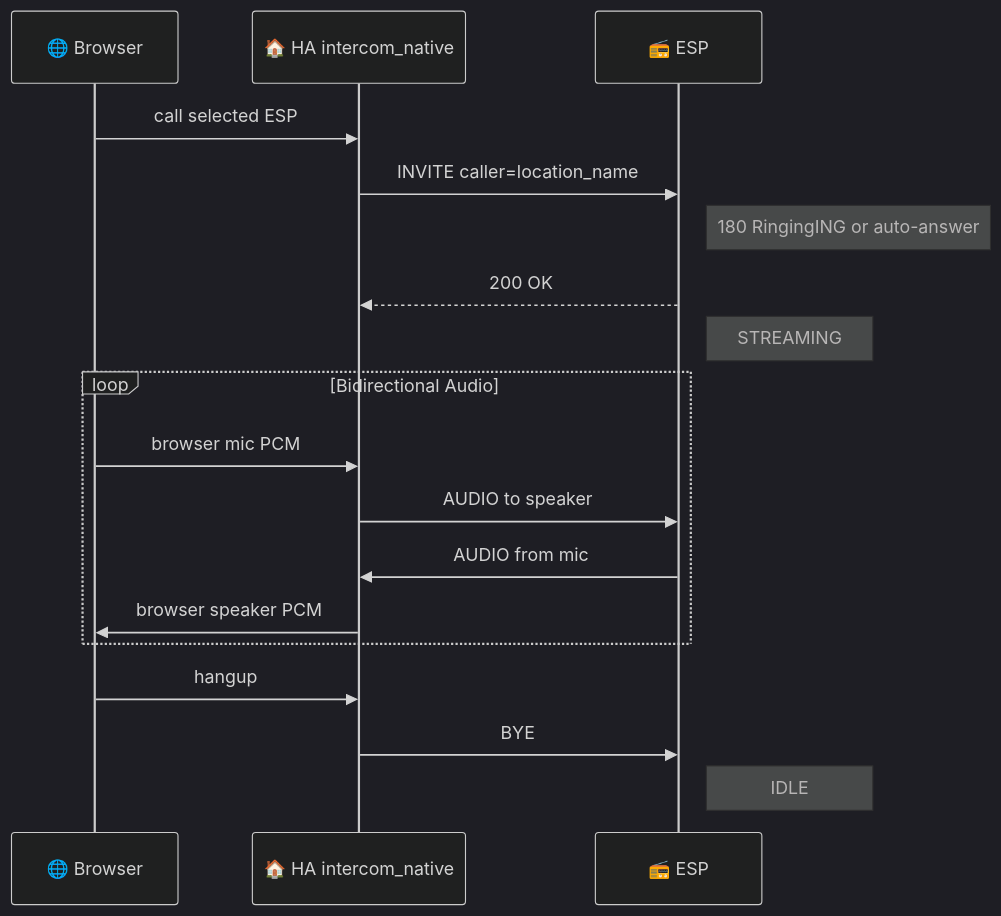
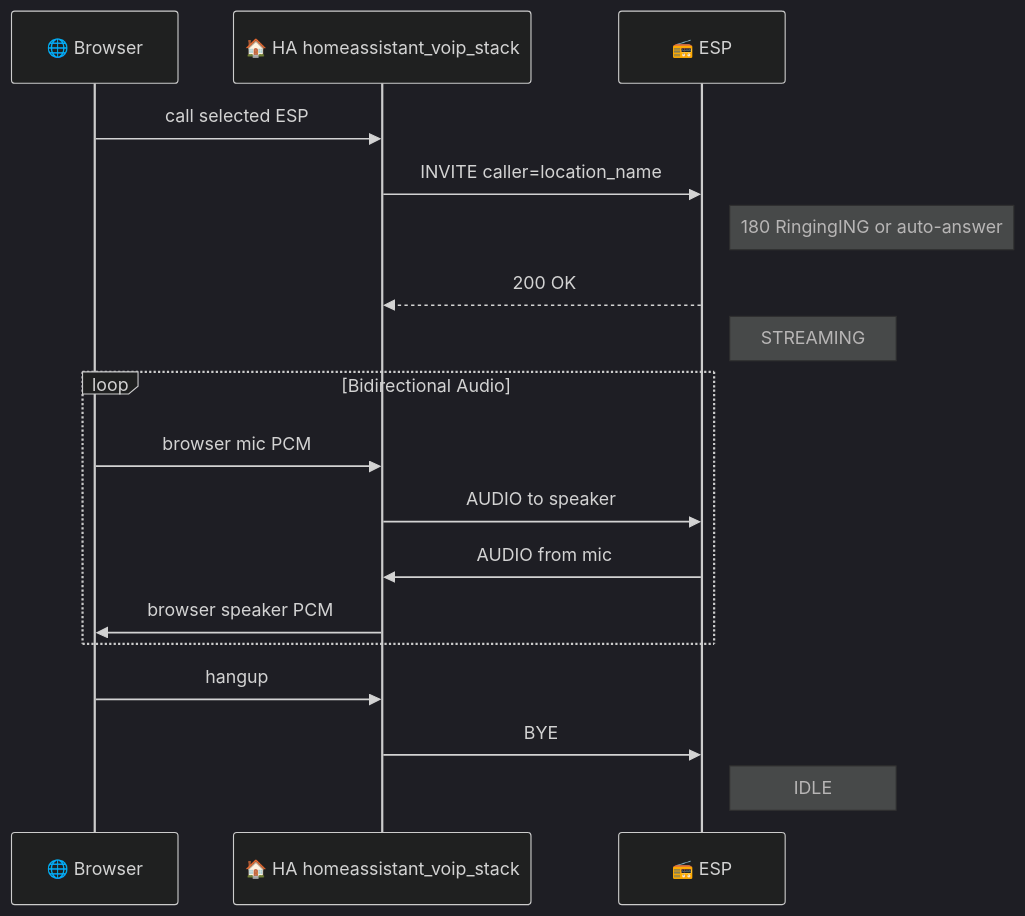
One commit to csfrussa/esphome-intercom changed the fourth of 6 diagrams in README.md. Above: the diagram before and after it, drawn with Mermaid (dark theme). The commit also changed other lines of this file and 276 other files, not shown here.

Commit message:
Rename intercom stacks to VoIP stack

````diff
--- a/README.md
+++ b/README.md
@@ -1257,23 +1257,23 @@
 ```mermaid
 sequenceDiagram
     participant B as 🌐 Browser
-    participant HA as 🏠 HA intercom_native
+    participant HA as 🏠 HA homeassistant_voip_stack
     participant E as 📻 ESP
 
     B->>HA: call selected ESP
     HA->>E: INVITE caller=location_name
     Note right of E: 180 RingingING or auto-answer
     E-->>HA: 200 OK
     Note right of E: STREAMING
 
     loop Bidirectional Audio
         B->>HA: browser mic PCM
         HA->>E: AUDIO to speaker
         E->>HA: AUDIO from mic
         HA->>B: browser speaker PCM
     end
 
     B->>HA: hangup
     HA->>E: BYE
     Note right of E: IDLE
 ```
````
